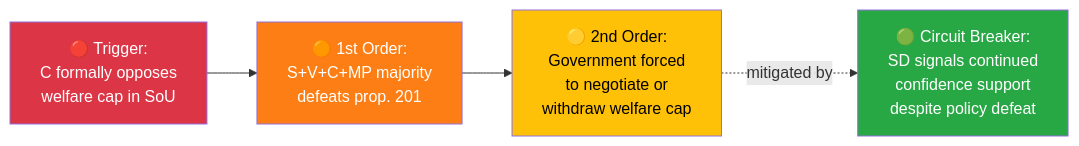
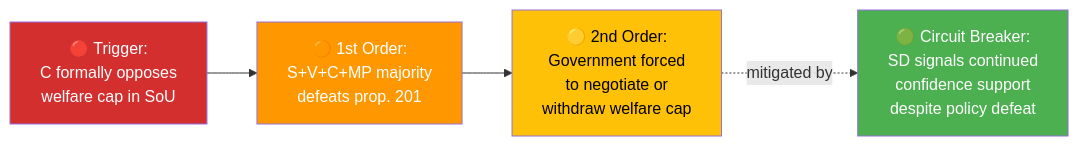
One commit to Hack23/riksdagsmonitor changed the third of 3 diagrams in analysis/daily/2026-04-01/motions/risk-assessment.md. Above: the diagram before and after it, drawn with Mermaid. The commit also changed other lines of this file and 785 other files, not shown here.

First line of the commit message:
Normalize mermaid colors across 786 analysis artifacts to ISMS Style Guide palette

````diff
--- a/analysis/daily/2026-04-01/motions/risk-assessment.md
+++ b/analysis/daily/2026-04-01/motions/risk-assessment.md
@@ -141,14 +141,14 @@
 ```mermaid
 graph LR
     T["🔴 Trigger:<br/>C formally opposes<br/>welfare cap in SoU"]
     O1["🟠 1st Order:<br/>S+V+C+MP majority<br/>defeats prop. 201"]
     O2["🟡 2nd Order:<br/>Government forced<br/>to negotiate or<br/>withdraw welfare cap"]
     O3["🟢 Circuit Breaker:<br/>SD signals continued<br/>confidence support<br/>despite policy defeat"]
     T --> O1
     O1 --> O2
     O2 -.->|mitigated by| O3
-    style T fill:#dc3545,color:#fff
-    style O1 fill:#fd7e14,color:#fff
-    style O2 fill:#ffc107,color:#000
-    style O3 fill:#28a745,color:#fff
+    style T fill:#D32F2F,color:#FFFFFF
+    style O1 fill:#FF9800,color:#FFFFFF
+    style O2 fill:#FFC107,color:#000000
+    style O3 fill:#4CAF50,color:#FFFFFF
 ```
````
